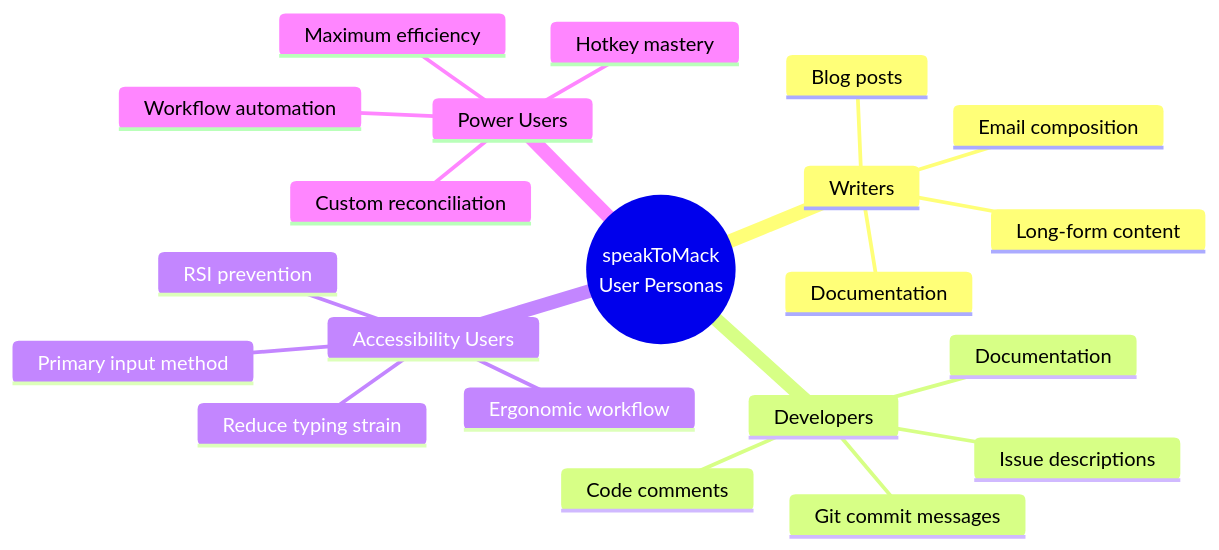
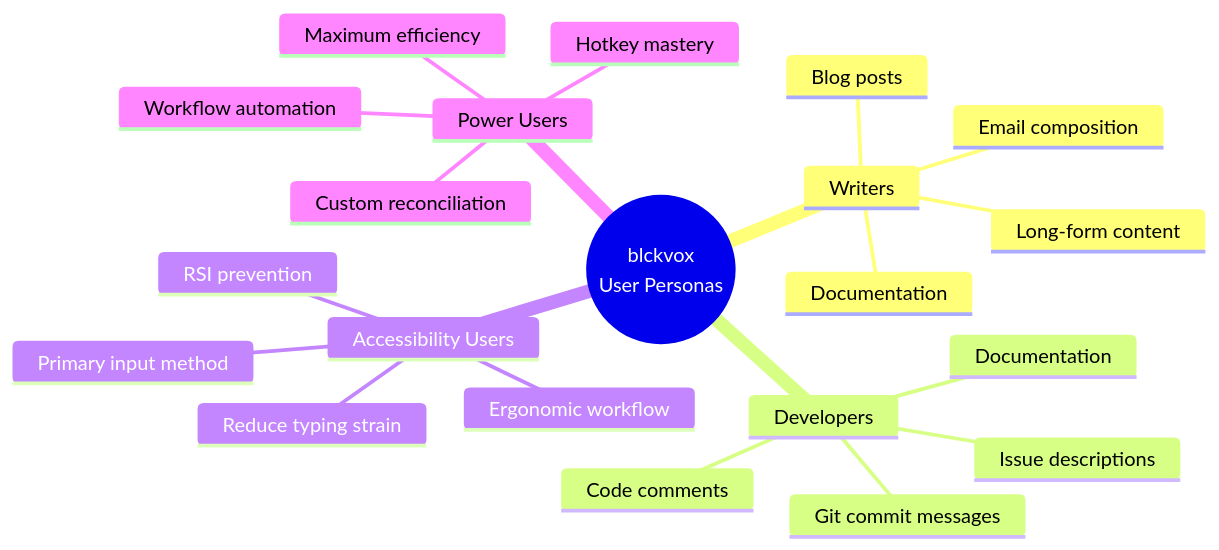
One commit to phillippitts/speakToMack changed diagram 13 of 14 in docs/diagrams/user-journey.md. Above: the diagram before and after it, drawn with Mermaid. The commit also changed other lines of this file and 482 other files, not shown here.

````diff
--- a/docs/diagrams/user-journey.md
+++ b/docs/diagrams/user-journey.md
@@ -388,24 +388,24 @@
 ```mermaid
 mindmap
-    root((speakToMack<br/>User Personas))
+    root((blckvox<br/>User Personas))
         Writers
             Long-form content
             Email composition
             Blog posts
             Documentation
         Developers
             Code comments
             Git commit messages
             Documentation
             Issue descriptions
         Accessibility Users
             Primary input method
             Reduce typing strain
             RSI prevention
             Ergonomic workflow
         Power Users
             Hotkey mastery
             Custom reconciliation
             Workflow automation
             Maximum efficiency
 ```
````
